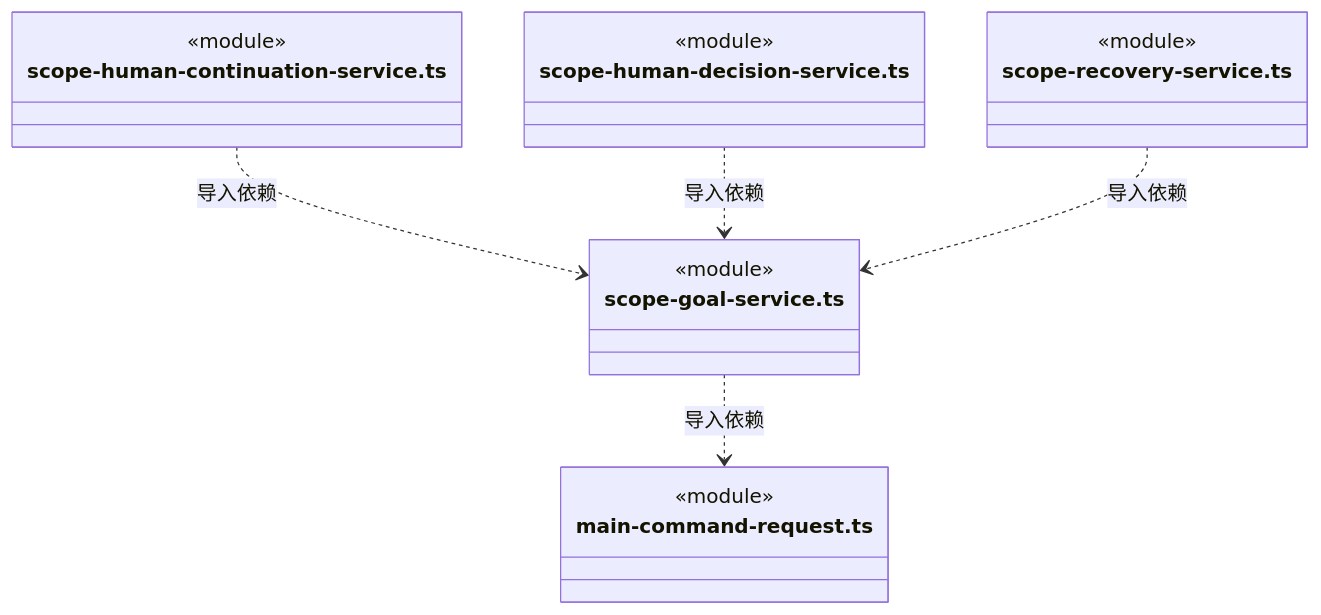
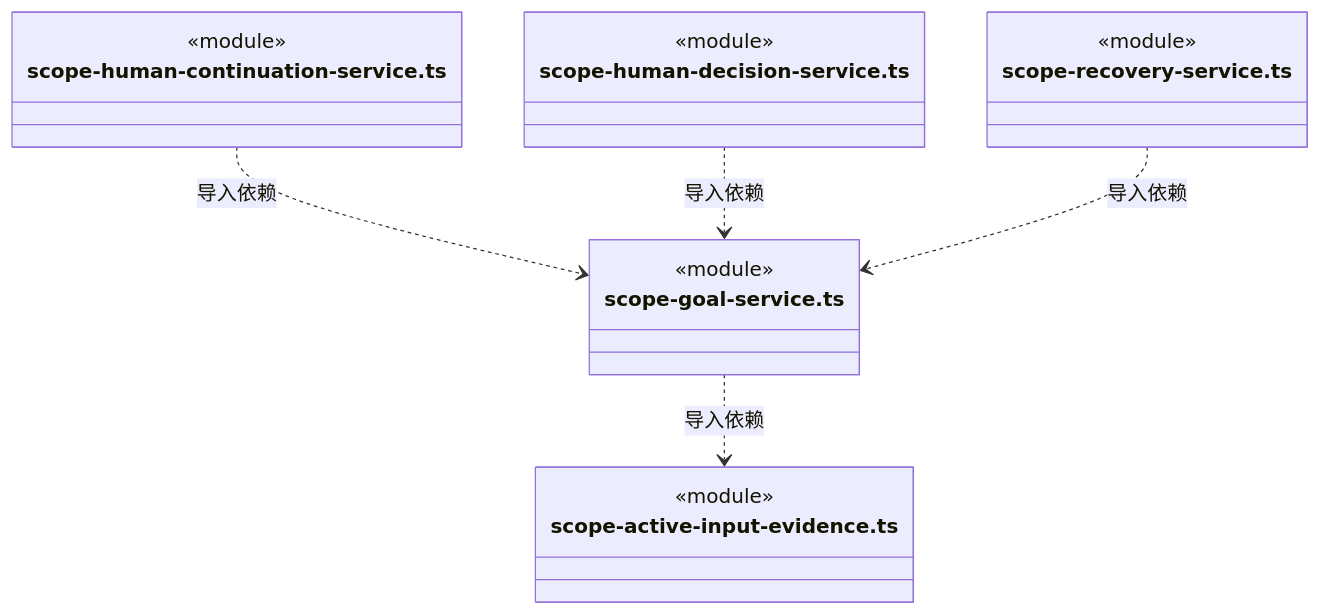
Diagram 24 of 25 in src/logic/tasks/runtime/ARCHITECTURE.md (nan023062/cbim), drawn with Mermaid before and after one commit. The commit also changed other lines of this file and 112 other files, not shown here.

Commit message:
docs: align source architecture with current declarations and contracts

````diff
--- a/src/logic/tasks/runtime/ARCHITECTURE.md
+++ b/src/logic/tasks/runtime/ARCHITECTURE.md
@@ -701,22 +698,22 @@
 ```mermaid
 classDiagram
 class N_src_logic_tasks_runtime_scope_goal_service_ts["scope-goal-service.ts"] {
   <<module>>
 }
-class N_src_logic_tasks_runtime_main_command_request_ts["main-command-request.ts"] {
+class N_src_logic_tasks_runtime_scope_active_input_evidence_ts["scope-active-input-evidence.ts"] {
   <<module>>
 }
 class N_src_logic_tasks_runtime_scope_human_continuation_service_ts["scope-human-continuation-service.ts"] {
   <<module>>
 }
 class N_src_logic_tasks_runtime_scope_human_decision_service_ts["scope-human-decision-service.ts"] {
   <<module>>
 }
 class N_src_logic_tasks_runtime_scope_recovery_service_ts["scope-recovery-service.ts"] {
   <<module>>
 }
-N_src_logic_tasks_runtime_scope_goal_service_ts ..> N_src_logic_tasks_runtime_main_command_request_ts : 导入依赖
+N_src_logic_tasks_runtime_scope_goal_service_ts ..> N_src_logic_tasks_runtime_scope_active_input_evidence_ts : 导入依赖
 N_src_logic_tasks_runtime_scope_human_continuation_service_ts ..> N_src_logic_tasks_runtime_scope_goal_service_ts : 导入依赖
 N_src_logic_tasks_runtime_scope_human_decision_service_ts ..> N_src_logic_tasks_runtime_scope_goal_service_ts : 导入依赖
 N_src_logic_tasks_runtime_scope_recovery_service_ts ..> N_src_logic_tasks_runtime_scope_goal_service_ts : 导入依赖
 ```
````
